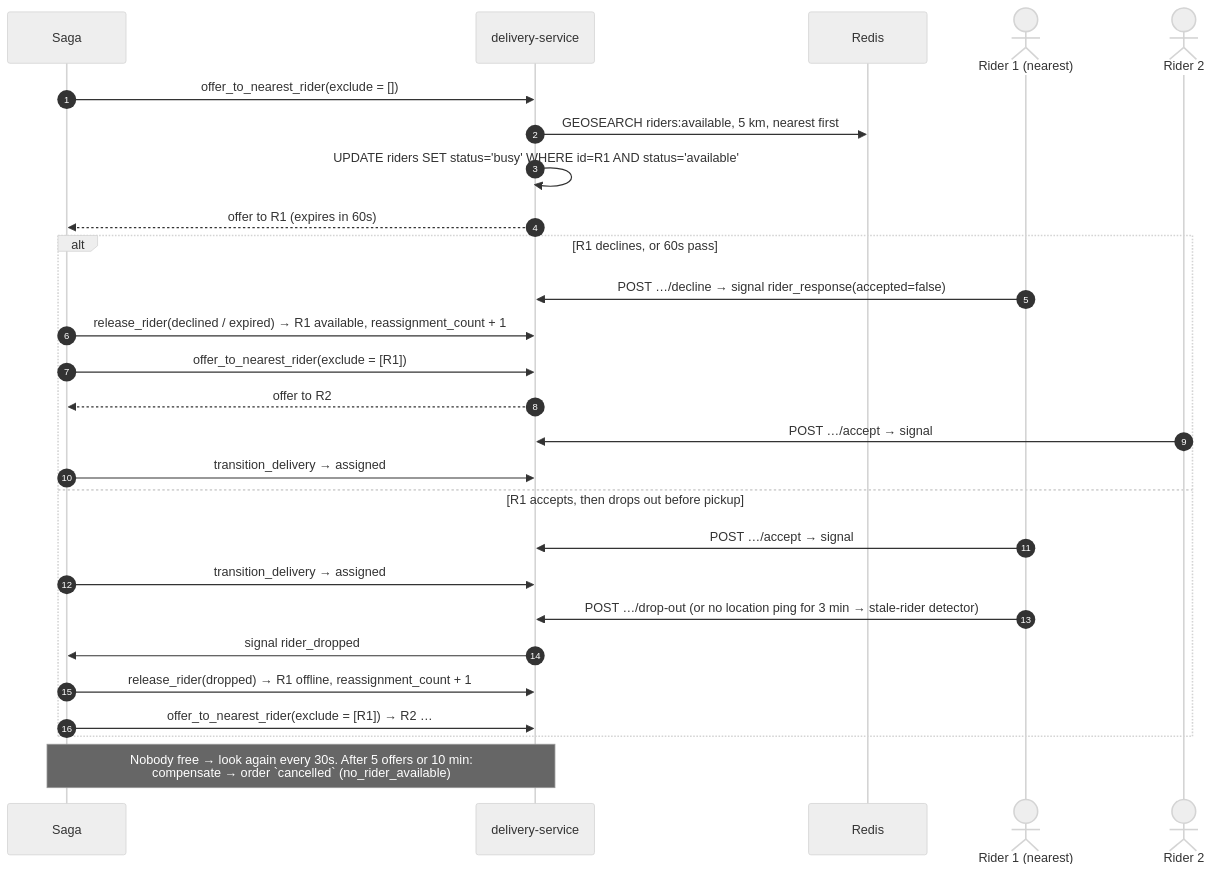
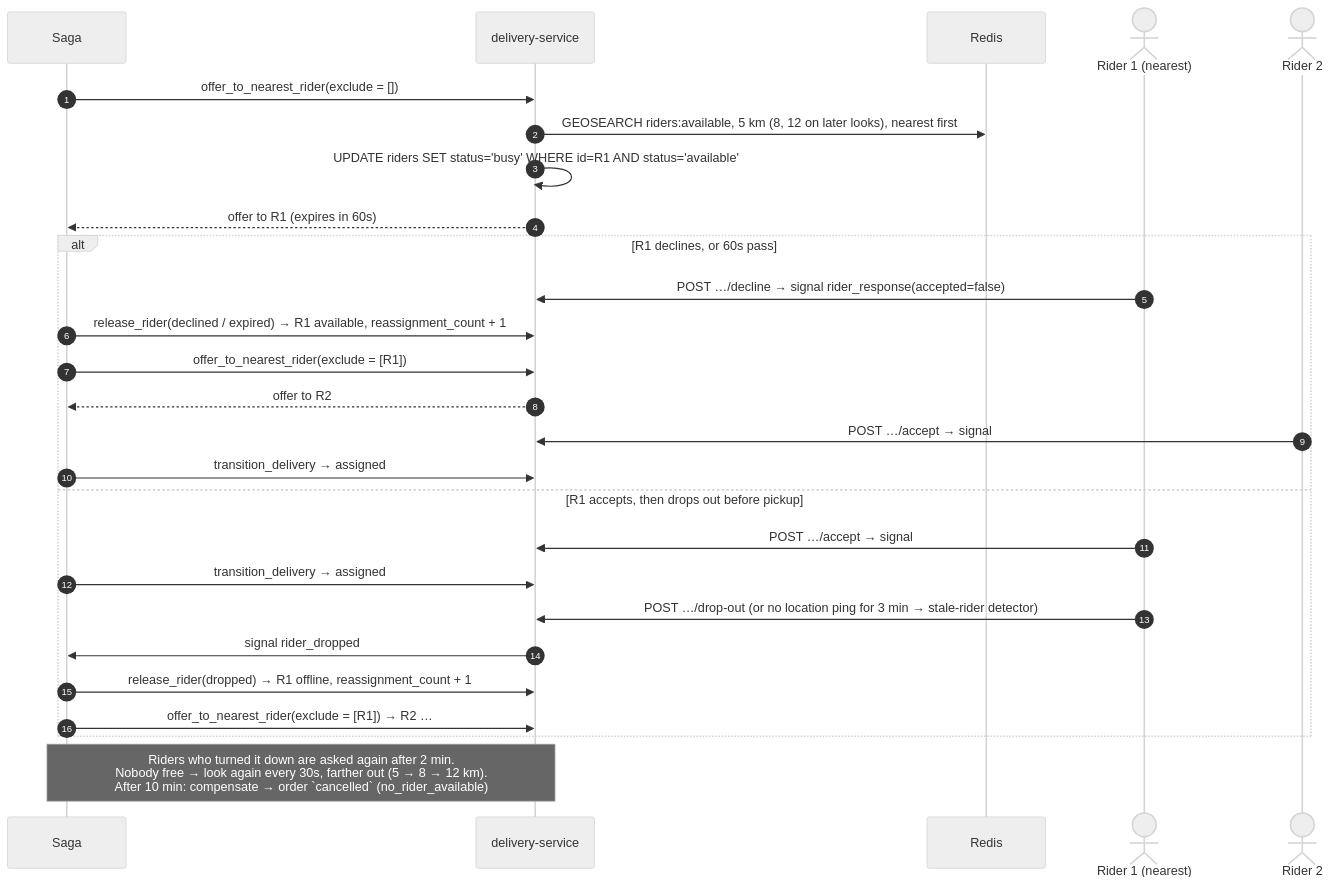
Before and after one commit to umer-emumba/smartfoodops-ms: diagram 16 of 27 in docs/diagrams.md, drawn with Mermaid (neutral theme). The commit also changed 12 other files, not shown here.

First line of the commit message:
Rider search: re-offer riders who turned it down, widen the search radius

````diff
--- a/docs/diagrams.md
+++ b/docs/diagrams.md
@@ -481,30 +481,30 @@
 ```mermaid
 sequenceDiagram
     autonumber
     participant W as Saga
     participant DS as delivery-service
     participant Redis
     actor R1 as Rider 1 (nearest)
     actor R2 as Rider 2
 
     W->>DS: offer_to_nearest_rider(exclude = [])
-    DS->>Redis: GEOSEARCH riders:available, 5 km, nearest first
+    DS->>Redis: GEOSEARCH riders:available, 5 km (8, 12 on later looks), nearest first
     DS->>DS: UPDATE riders SET status='busy' WHERE id=R1 AND status='available'
     DS-->>W: offer to R1 (expires in 60s)
     alt R1 declines, or 60s pass
         R1->>DS: POST …/decline → signal rider_response(accepted=false)
         W->>DS: release_rider(declined / expired) → R1 available, reassignment_count + 1
         W->>DS: offer_to_nearest_rider(exclude = [R1])
         DS-->>W: offer to R2
         R2->>DS: POST …/accept → signal
         W->>DS: transition_delivery → assigned
     else R1 accepts, then drops out before pickup
         R1->>DS: POST …/accept → signal
         W->>DS: transition_delivery → assigned
         R1->>DS: POST …/drop-out (or no location ping for 3 min → stale-rider detector)
         DS->>W: signal rider_dropped
         W->>DS: release_rider(dropped) → R1 offline, reassignment_count + 1
         W->>DS: offer_to_nearest_rider(exclude = [R1]) → R2 …
     end
-    Note over W,DS: Nobody free → look again every 30s. After 5 offers or 10 min:<br/>compensate → order `cancelled` (no_rider_available)
+    Note over W,DS: Riders who turned it down are asked again after 2 min.<br/>Nobody free → look again every 30s, farther out (5 → 8 → 12 km).<br/>After 10 min: compensate → order `cancelled` (no_rider_available)
 ```
````
